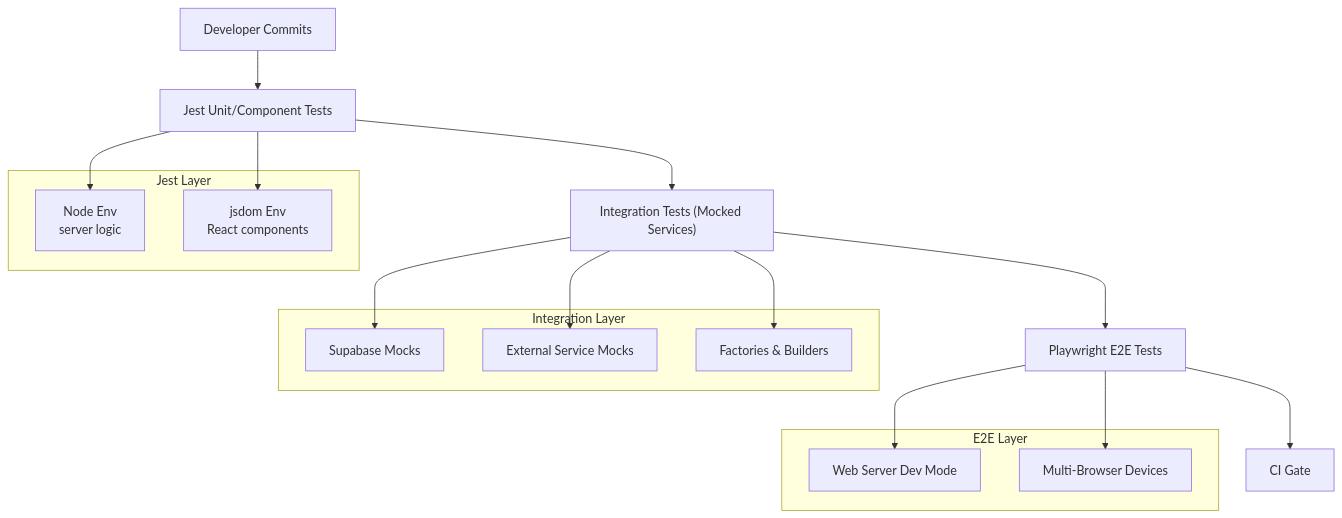
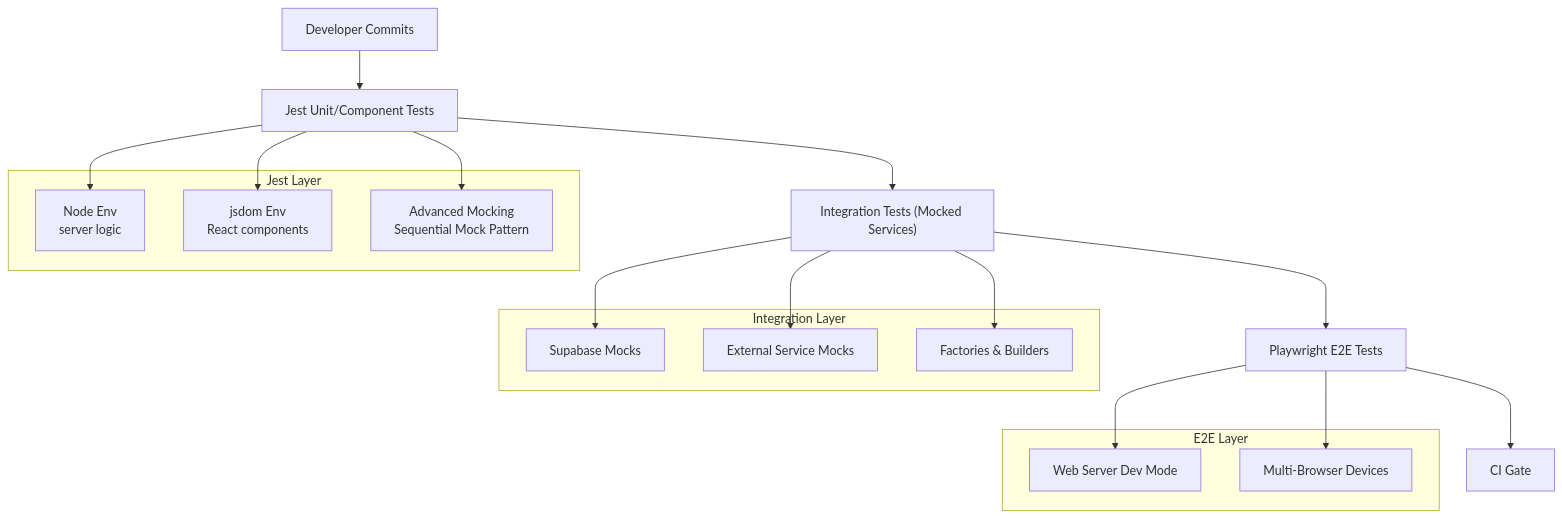
The second of 12 diagrams in .qoder/repowiki/en/content/Development Guide/Testing Strategy and Implementation.md (SinesysTech/zattar-os), drawn with Mermaid before and after one commit. The commit also changed other lines of this file and 21 other files, not shown here.

````diff
--- a/.qoder/repowiki/en/content/Development Guide/Testing Strategy and Implementation.md
+++ b/.qoder/repowiki/en/content/Development Guide/Testing Strategy and Implementation.md
@@ -106,27 +125,29 @@
 ```mermaid
 graph TB
 A["Developer Commits"] --> B["Jest Unit/Component Tests"]
 B --> C["Integration Tests (Mocked Services)"]
 C --> D["Playwright E2E Tests"]
 D --> E["CI Gate"]
 subgraph "Jest Layer"
 B1["Node Env<br/>server logic"]
 B2["jsdom Env<br/>React components"]
+B3["Advanced Mocking<br/>Sequential Mock Pattern"]
 end
 subgraph "Integration Layer"
 I1["Supabase Mocks"]
 I2["External Service Mocks"]
 I3["Factories & Builders"]
 end
 subgraph "E2E Layer"
 E1["Web Server Dev Mode"]
 E2["Multi-Browser Devices"]
 end
 B --> B1
 B --> B2
+B --> B3
 C --> I1
 C --> I2
 C --> I3
 D --> E1
 D --> E2
 ```
````
